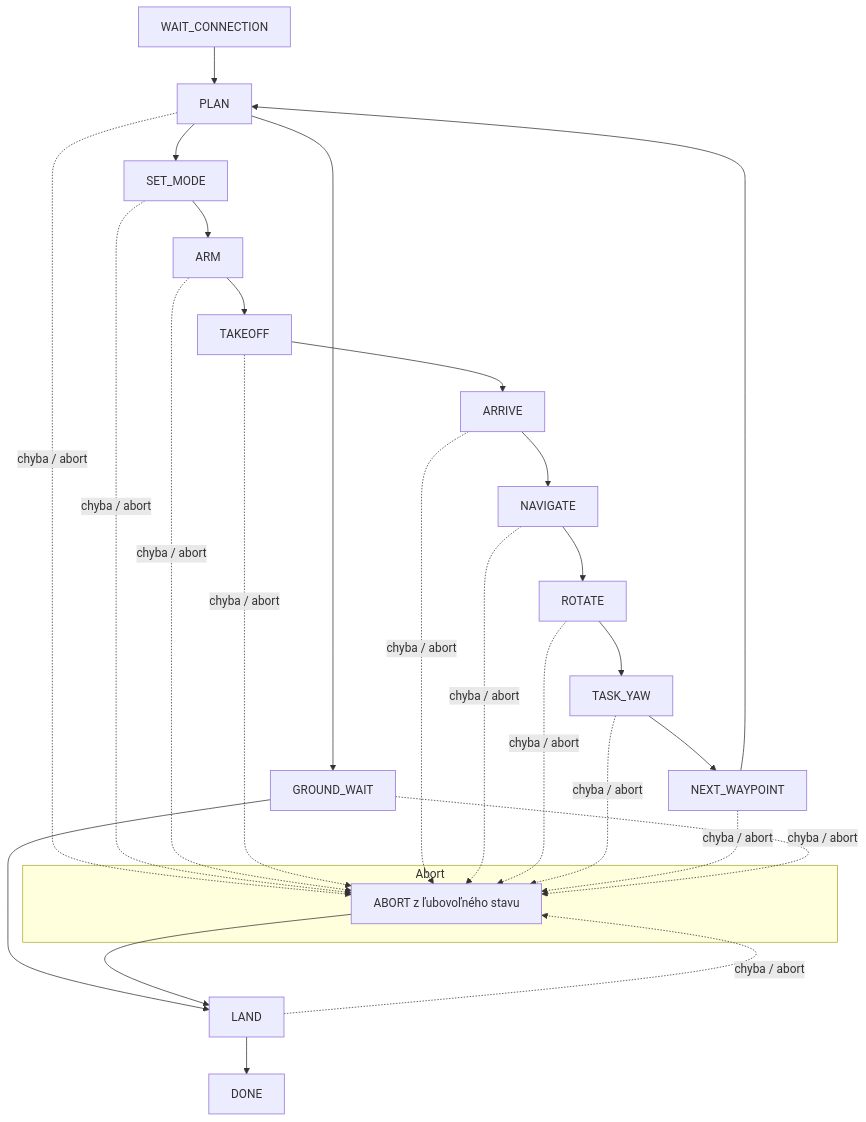
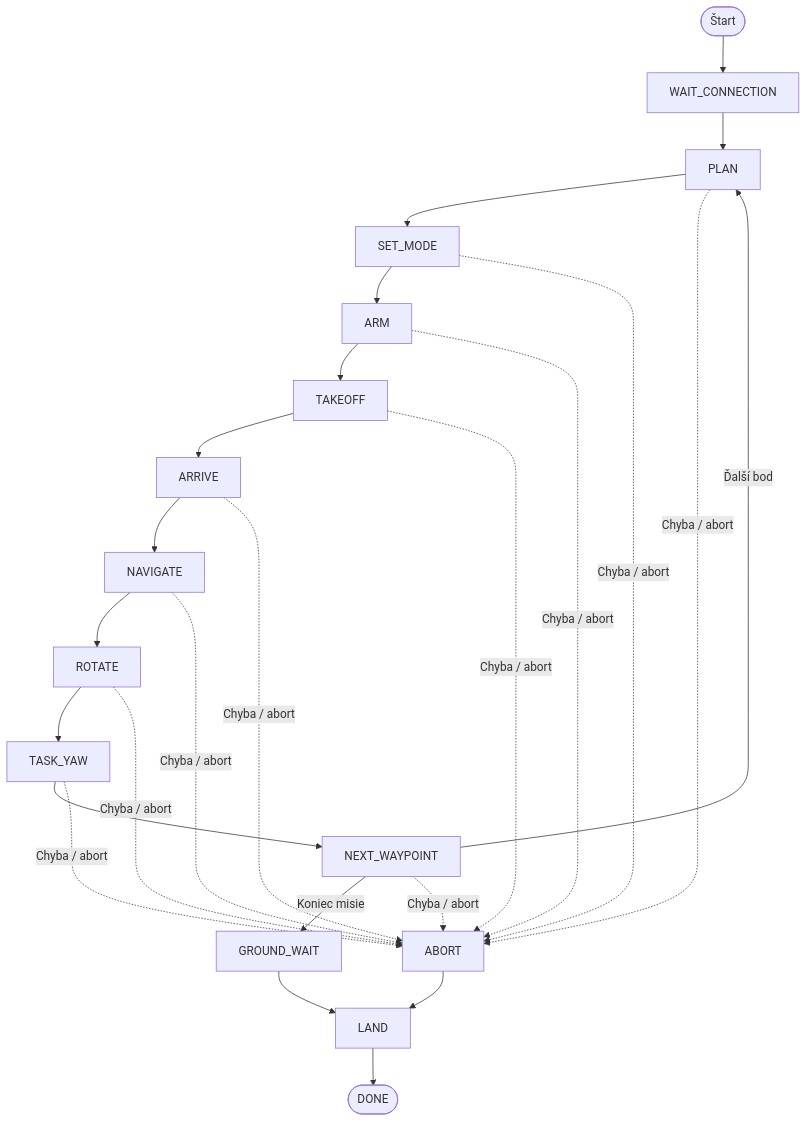
The second of 2 diagrams in README.md (D0mc1c1/LRS_Maslen_Kormanikova), drawn with Mermaid before and after one commit.

Commit message:
Revise flowchart in README for mission phases
Updated flowchart to improve clarity and structure.

````diff
--- a/README.md
+++ b/README.md
@@ -286,35 +286,30 @@
 ```mermaid
-flowchart TD
-    A[WAIT_CONNECTION] --> B[PLAN]
-    B --> C[SET_MODE]
-    C --> D[ARM]
-    D --> E[TAKEOFF]
-    E --> F[ARRIVE]
-    F --> G[NAVIGATE]
-    G --> H[ROTATE]
-    H --> I[TASK_YAW]
-    I --> J[NEXT_WAYPOINT]
-    J --> B
+flowchart TB
+    A([Štart]) --> B[WAIT_CONNECTION]
+    B --> C[PLAN]
+    C --> D[SET_MODE]
+    D --> E[ARM]
+    E --> F[TAKEOFF]
+    F --> G[ARRIVE]
+    G --> H[NAVIGATE]
+    H --> I[ROTATE]
+    I --> J[TASK_YAW]
+    J --> K[NEXT_WAYPOINT]
 
-    B --> K[GROUND_WAIT]
-    K --> L[LAND]
-    L --> M[DONE]
+    K -->|Ďalší bod| C
+    K -->|Koniec misie| L[GROUND_WAIT]
+    L --> M[LAND]
+    M --> N([DONE])
 
-    subgraph Abort
-        N[ABORT z ľubovoľného stavu]
-    end
+    C -. Chyba / abort .-> X[ABORT]
+    D -. Chyba / abort .-> X
+    E -. Chyba / abort .-> X
+    F -. Chyba / abort .-> X
+    G -. Chyba / abort .-> X
+    H -. Chyba / abort .-> X
+    I -. Chyba / abort .-> X
+    J -. Chyba / abort .-> X
+    K -. Chyba / abort .-> X
 
-    B -. chyba / abort .-> N
-    C -. chyba / abort .-> N
-    D -. chyba / abort .-> N
-    E -. chyba / abort .-> N
-    F -. chyba / abort .-> N
-    G -. chyba / abort .-> N
-    H -. chyba / abort .-> N
-    I -. chyba / abort .-> N
-    J -. chyba / abort .-> N
-    K -. chyba / abort .-> N
-    L -. chyba / abort .-> N
-
-    N --> L
+    X --> M
 ```
````
